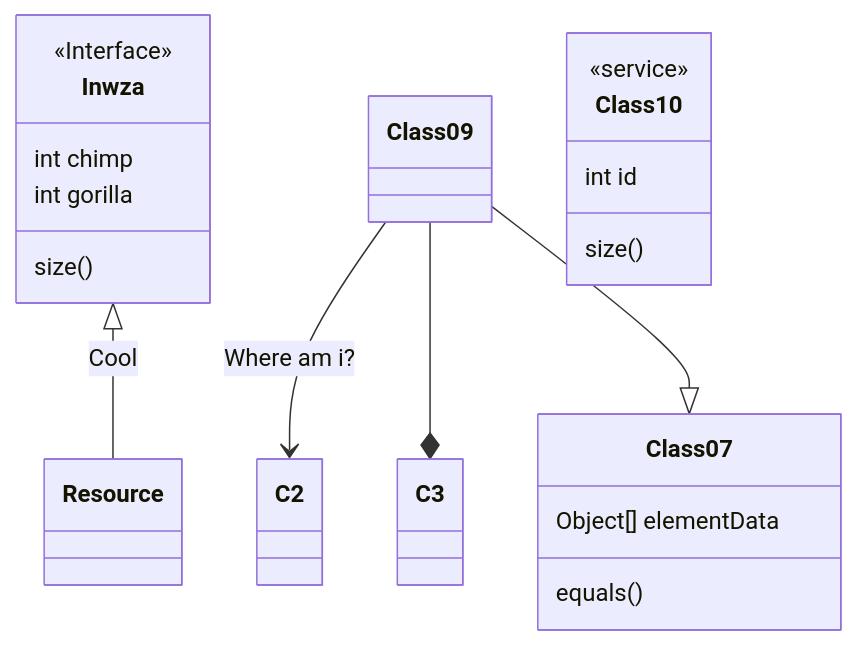
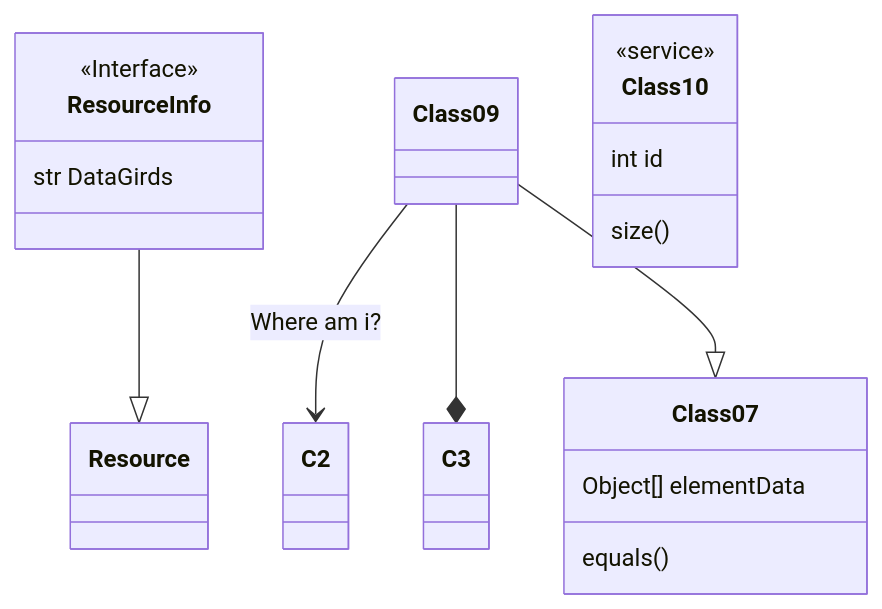
The diagram in README.md (Natithorn/Project), drawn with Mermaid before and after one commit.

````diff
--- a/README.md
+++ b/README.md
@@ -15,18 +15,16 @@
 ```mermaid
 classDiagram
-Inwza <|-- Resource : Cool
-<<Interface>> Inwza
+ResourceInfo --|> Resource 
+<<Interface>> ResourceInfo
 Class09 --> C2 : Where am i?
 Class09 --* C3
 Class09 --|> Class07
 Class07 : equals()
 Class07 : Object[] elementData
-Inwza : size()
-Inwza : int chimp
-Inwza : int gorilla
+ResourceInfo : str DataGirds
 class Class10 {
   <<service>>
   int id
   size()
 }
 ```
````
